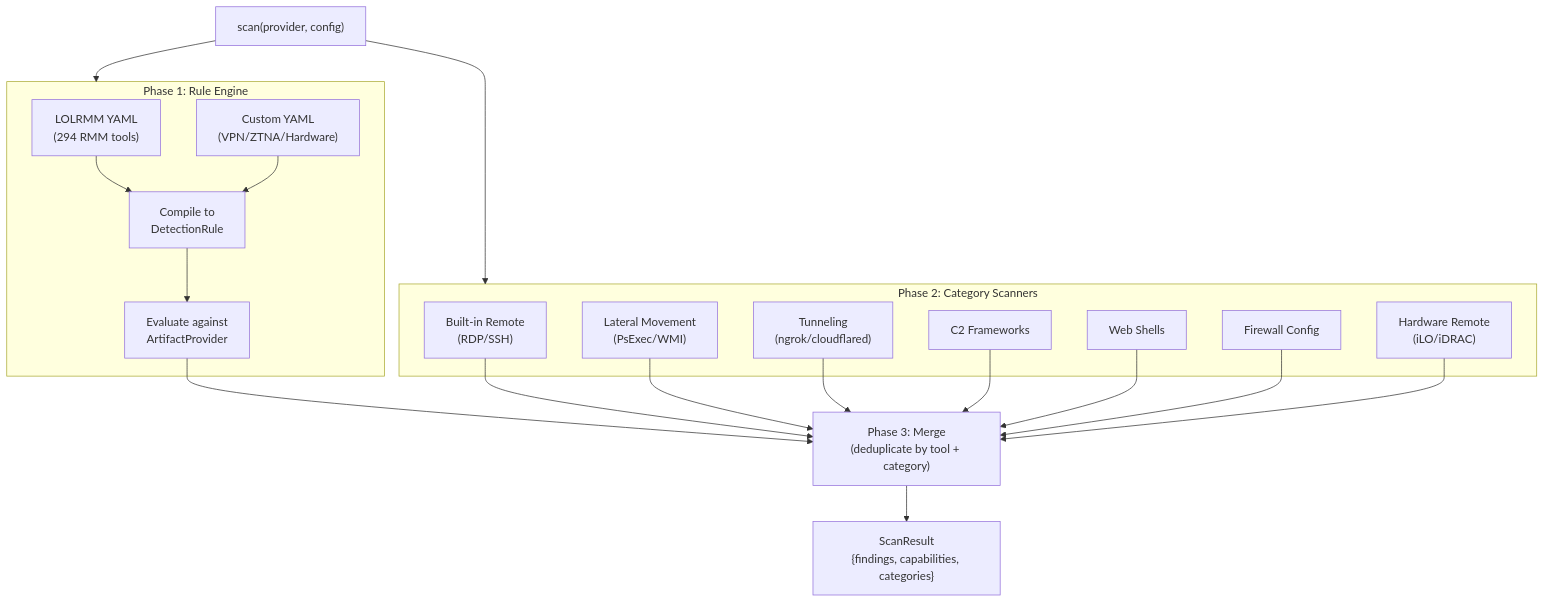
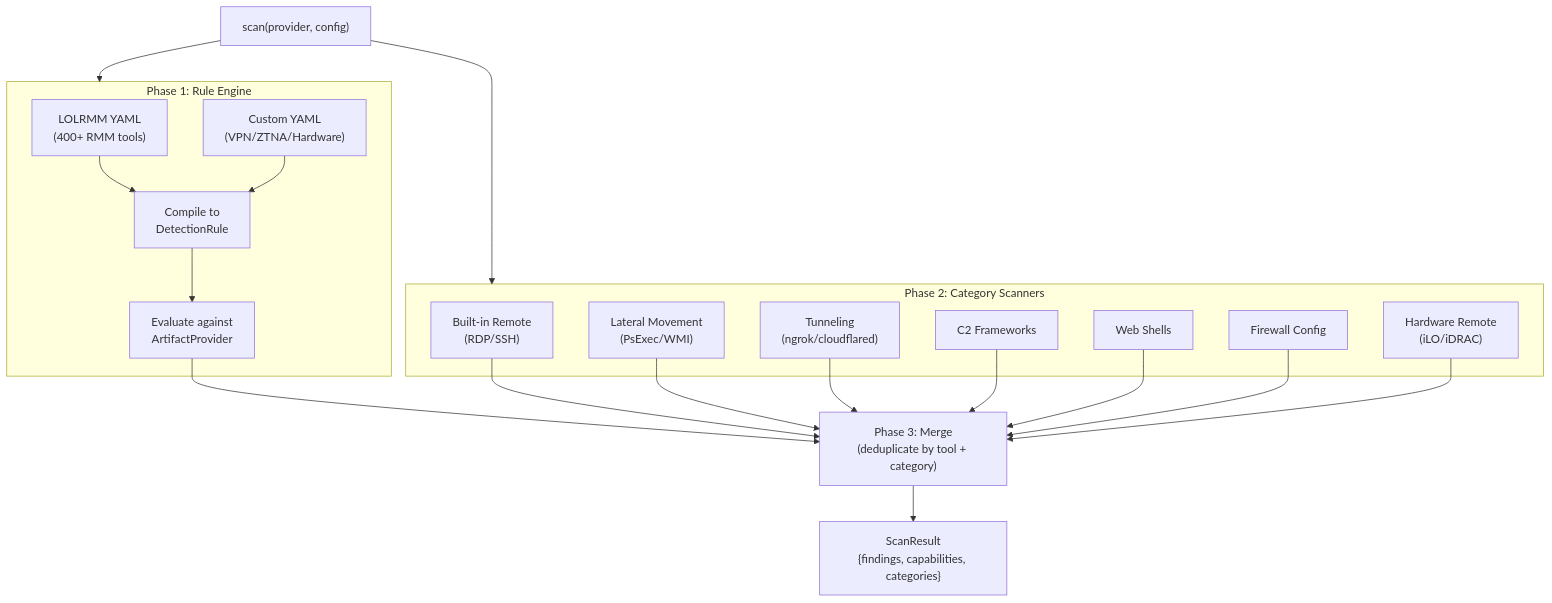
One commit to jwu29/issen changed the sixth of 8 diagrams in docs/ARCHITECTURE.md. Above: the diagram before and after it, drawn with Mermaid. The commit also changed other lines of this file and 1 other file, not shown here.

First line of the commit message:
docs: update README and ARCHITECTURE to reflect current 24-crate workspace

````diff
--- a/docs/ARCHITECTURE.md
+++ b/docs/ARCHITECTURE.md
@@ -245,39 +284,39 @@
 ```mermaid
 flowchart TD
     scan["scan(provider, config)"]
 
     subgraph Phase1["Phase 1: Rule Engine"]
-        LOLRMM["LOLRMM YAML\n(294 RMM tools)"]
+        LOLRMM["LOLRMM YAML\n(400+ RMM tools)"]
         Custom["Custom YAML\n(VPN/ZTNA/Hardware)"]
         Compile["Compile to\nDetectionRule"]
         Eval["Evaluate against\nArtifactProvider"]
     end
 
     subgraph Phase2["Phase 2: Category Scanners"]
         Builtin["Built-in Remote\n(RDP/SSH)"]
         Lateral["Lateral Movement\n(PsExec/WMI)"]
         Tunnel["Tunneling\n(ngrok/cloudflared)"]
         C2["C2 Frameworks"]
         WebShell["Web Shells"]
         Firewall["Firewall Config"]
         Hardware["Hardware Remote\n(iLO/iDRAC)"]
     end
 
     Phase3["Phase 3: Merge\n(deduplicate by tool + category)"]
     Result["ScanResult\n{findings, capabilities, categories}"]
 
     scan --> Phase1
     LOLRMM --> Compile
     Custom --> Compile
     Compile --> Eval
     scan --> Phase2
     Eval --> Phase3
     Builtin --> Phase3
     Lateral --> Phase3
     Tunnel --> Phase3
     C2 --> Phase3
     WebShell --> Phase3
     Firewall --> Phase3
     Hardware --> Phase3
     Phase3 --> Result
 ```
````
